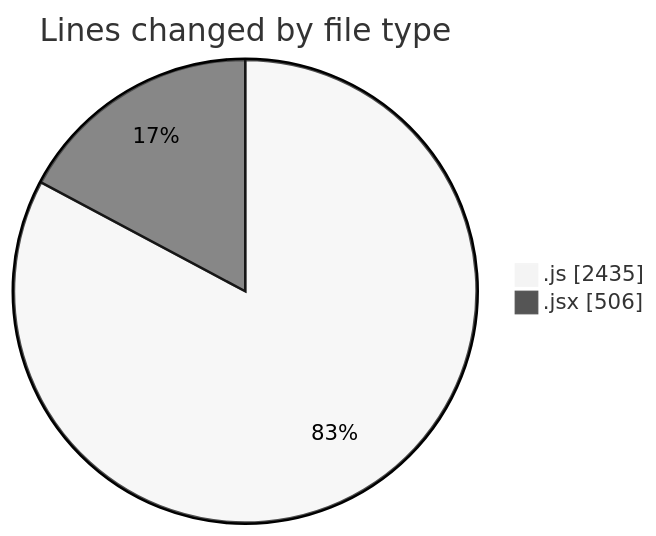
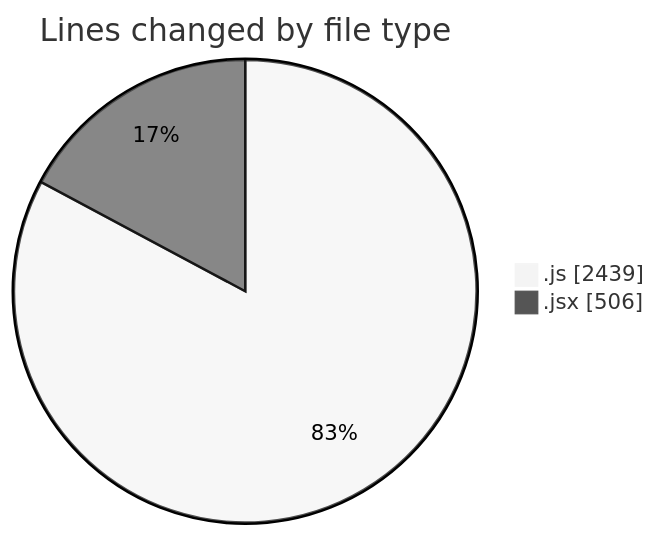
One commit to nxtqubesakshisongat/code-tracking changed the first of 2 diagrams in 2025-07-27/nxtqube_webapp/README.md. Above: the diagram before and after it, drawn with Mermaid (neutral theme). The commit also changed other lines of this file and 1 other file, not shown here.

````diff
--- a/2025-07-27/nxtqube_webapp/README.md
+++ b/2025-07-27/nxtqube_webapp/README.md
@@ -24,6 +24,6 @@
 ```mermaid
 pie showData
 title Lines changed by file type
-".js" : 2435
+".js" : 2439
 ".jsx" : 506
 ```
````
